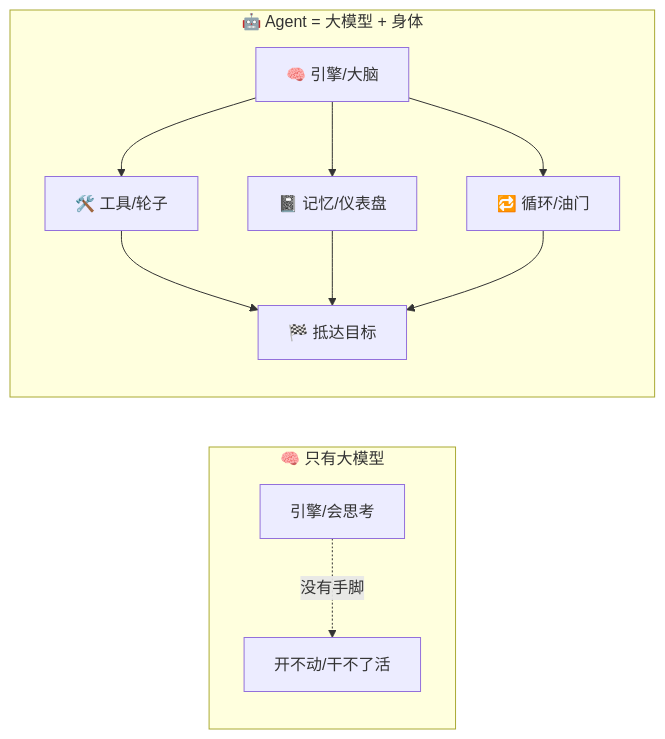
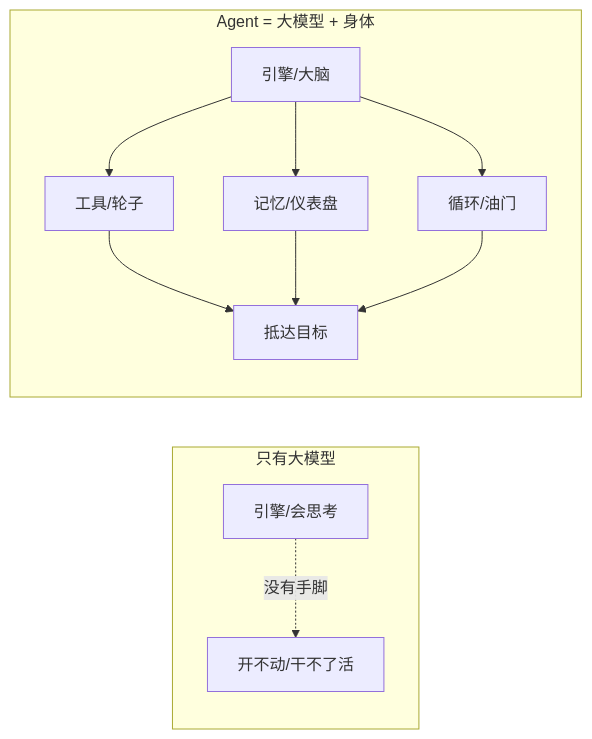
One commit to luckykhy/KhyAiHub changed the fourth of 5 diagrams in docs/02_CONCEPTS_概念入门/CONCEPT/[CONCEPT-01] 什么是Agent-智能体.md. Above: the diagram before and after it, drawn with Mermaid. The commit also changed other lines of this file and 19 other files, not shown here.

````diff
--- a/docs/02_CONCEPTS_概念入门/CONCEPT/[CONCEPT-01] 什么是Agent-智能体.md
+++ b/docs/02_CONCEPTS_概念入门/CONCEPT/[CONCEPT-01] 什么是Agent-智能体.md
@@ -187,14 +187,14 @@
 ```mermaid
 flowchart LR
-  subgraph LLM_ONLY["🧠 只有大模型"]
+  subgraph LLM_ONLY["只有大模型"]
     E[引擎/会思考] -.->|"没有手脚"| X[开不动/干不了活]
   end
-  subgraph AGENT["🤖 Agent = 大模型 + 身体"]
-    E2[🧠 引擎/大脑] --> WHEEL[🛠️ 工具/轮子]
-    E2 --> NOTE[📓 记忆/仪表盘]
-    E2 --> GAS[🔁 循环/油门]
-    WHEEL --> GOAL[🏁 抵达目标]
+  subgraph AGENT["Agent = 大模型 + 身体"]
+    E2[引擎/大脑] --> WHEEL[工具/轮子]
+    E2 --> NOTE[记忆/仪表盘]
+    E2 --> GAS[循环/油门]
+    WHEEL --> GOAL[抵达目标]
     NOTE --> GOAL
     GAS --> GOAL
   end
 ```
````
